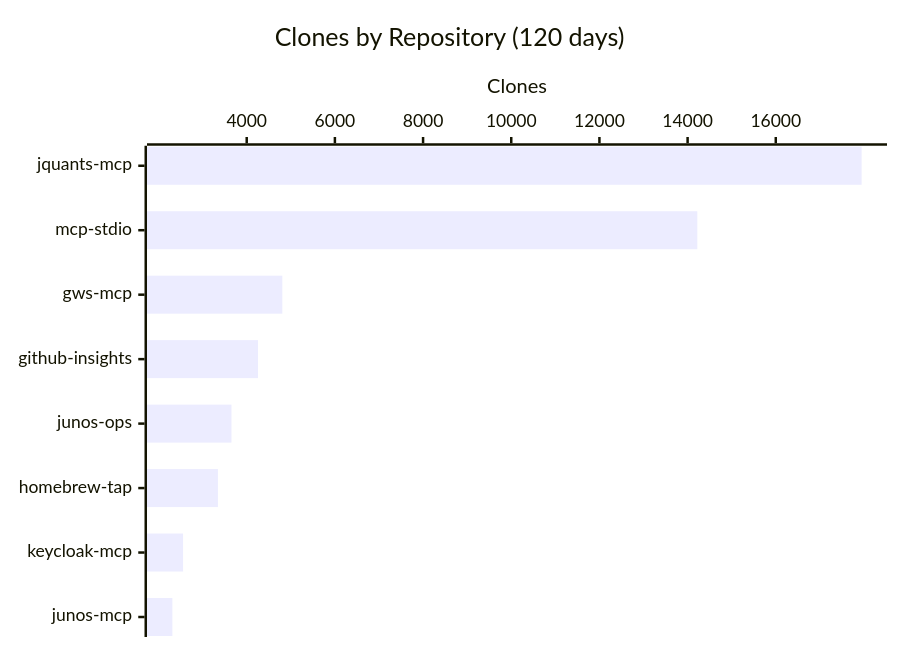
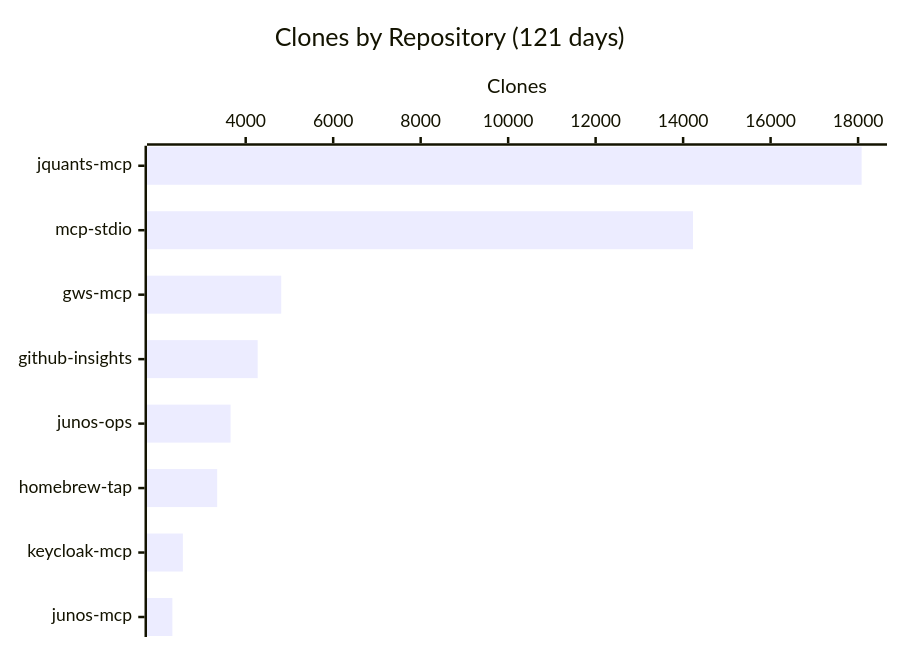
One commit to shigechika/github-insights changed the fourth of 4 diagrams in README.md. Above: the diagram before and after it, drawn with Mermaid. The commit also changed other lines of this file and 2 other files, not shown here.

````diff
--- a/README.md
+++ b/README.md
@@ -58,7 +58,7 @@
 ```mermaid
 xychart-beta horizontal
-    title "Clones by Repository (120 days)"
+    title "Clones by Repository (121 days)"
     x-axis ["jquants-mcp", "mcp-stdio", "gws-mcp", "github-insights", "junos-ops", "homebrew-tap", "keycloak-mcp", "junos-mcp"]
     y-axis "Clones"
-    bar [17947, 14220, 4808, 4256, 3654, 3347, 2557, 2314]
+    bar [18081, 14227, 4812, 4274, 3654, 3348, 2564, 2324]
 ```
````
